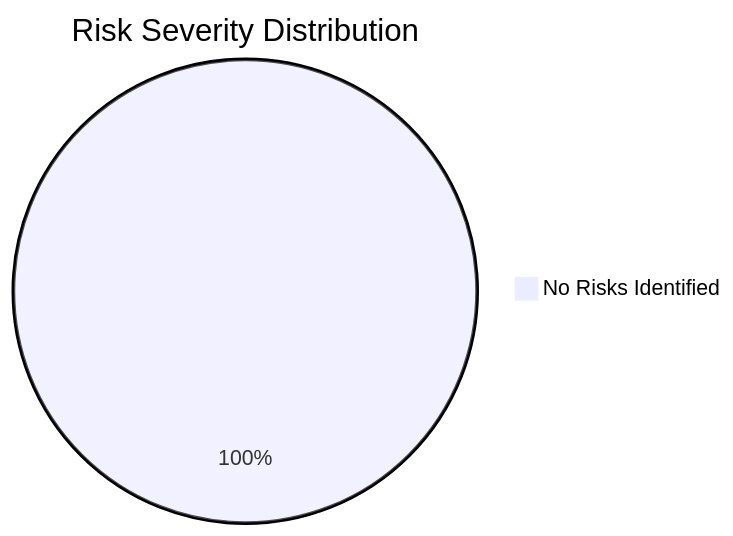
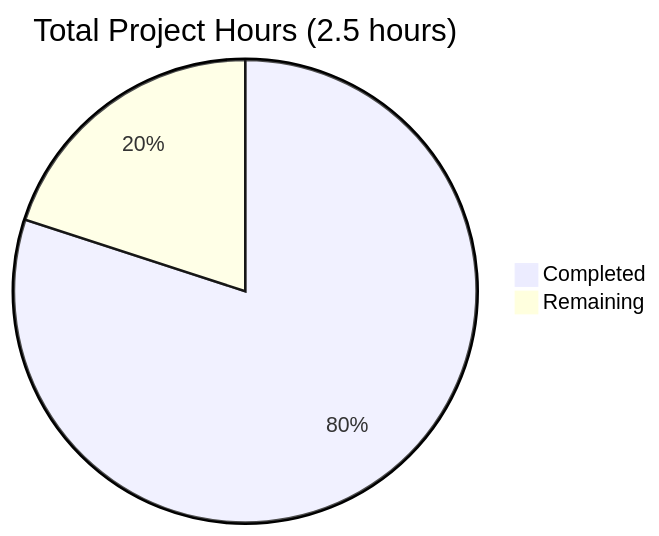
One commit to prasad-blitzy/quick-repo-4 changed the third of 3 diagrams in blitzy/documentation/Project Guide.md. Above: the diagram before and after it, drawn with Mermaid. The commit also changed other lines of this file, not shown here.

Commit message:
Adding Blitzy Project Guide: Project Status and Human Tasks Remaining

````diff
--- a/blitzy/documentation/Project Guide.md
+++ b/blitzy/documentation/Project Guide.md
@@ -520,4 +96,5 @@
 ```mermaid
-pie title Risk Severity Distribution
-    "No Risks Identified" : 1.0
+pie title Total Project Hours (2.5 hours)
+    "Completed" : 2.0
+    "Remaining" : 0.5
 ```
````
